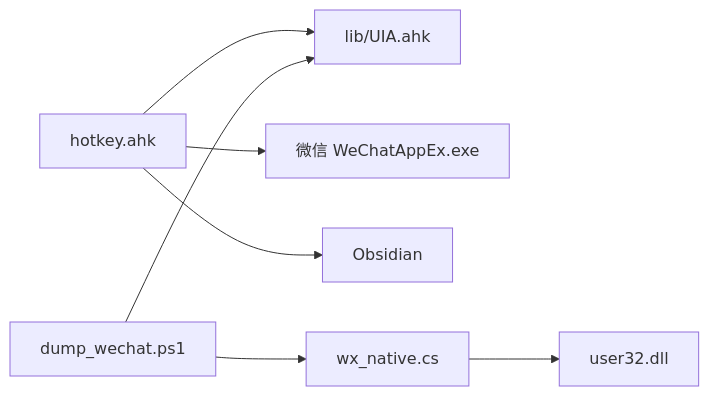
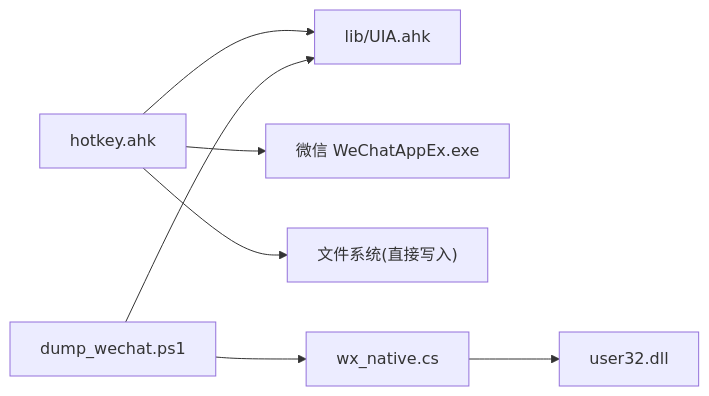
The seventh of 7 diagrams in .qoder/repowiki/zh/content/外部工具集成/微信文章处理系统.md (wangys-123doit/hotkey), drawn with Mermaid before and after one commit. The commit also changed other lines of this file and 8 other files, not shown here.

````diff
--- a/.qoder/repowiki/zh/content/外部工具集成/微信文章处理系统.md
+++ b/.qoder/repowiki/zh/content/外部工具集成/微信文章处理系统.md
@@ -225,9 +267,9 @@
 ```mermaid
 graph LR
 HK["hotkey.ahk"] --> UIA["lib/UIA.ahk"]
 HK --> WX["微信 WeChatAppEx.exe"]
-HK --> OBS["Obsidian"]
+HK --> FS["文件系统(直接写入)"]
 PS["dump_wechat.ps1"] --> CS["wx_native.cs"]
 PS --> UIA
 CS --> U32["user32.dll"]
 ```
````
